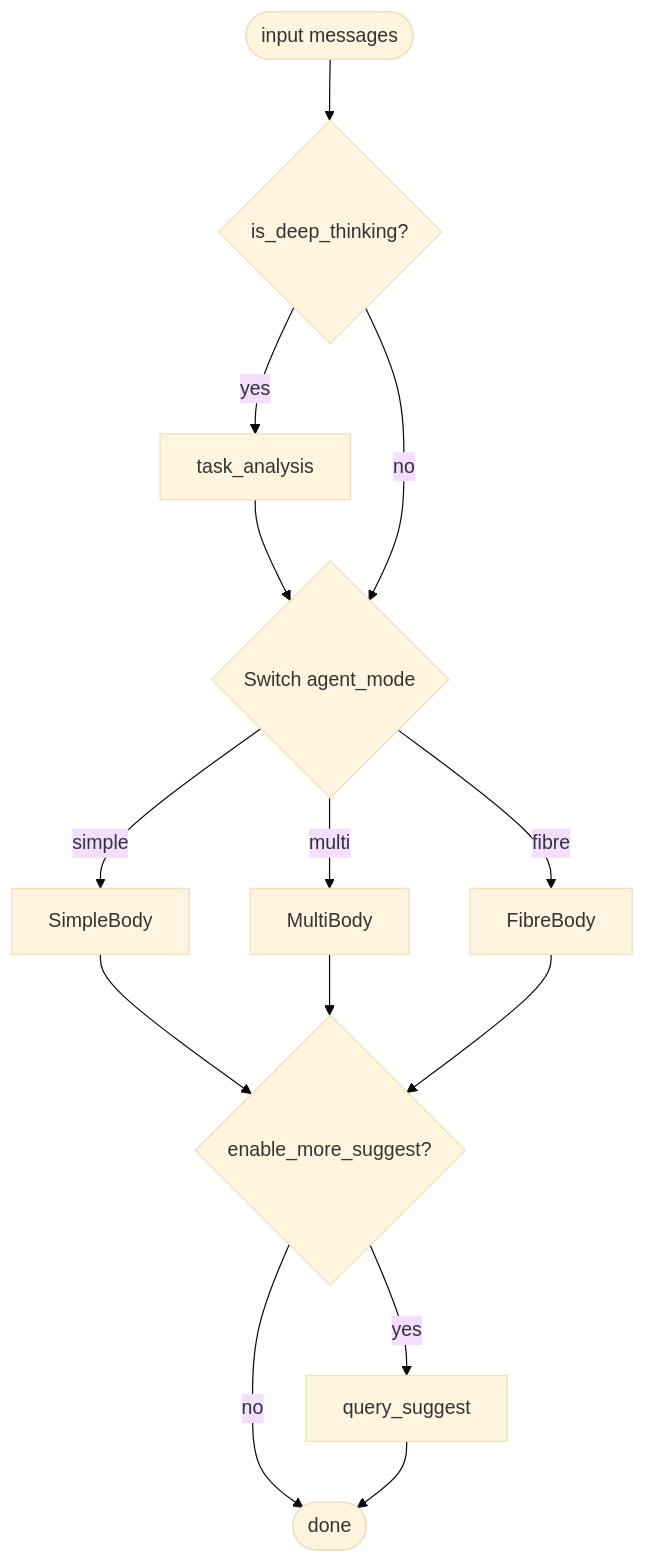
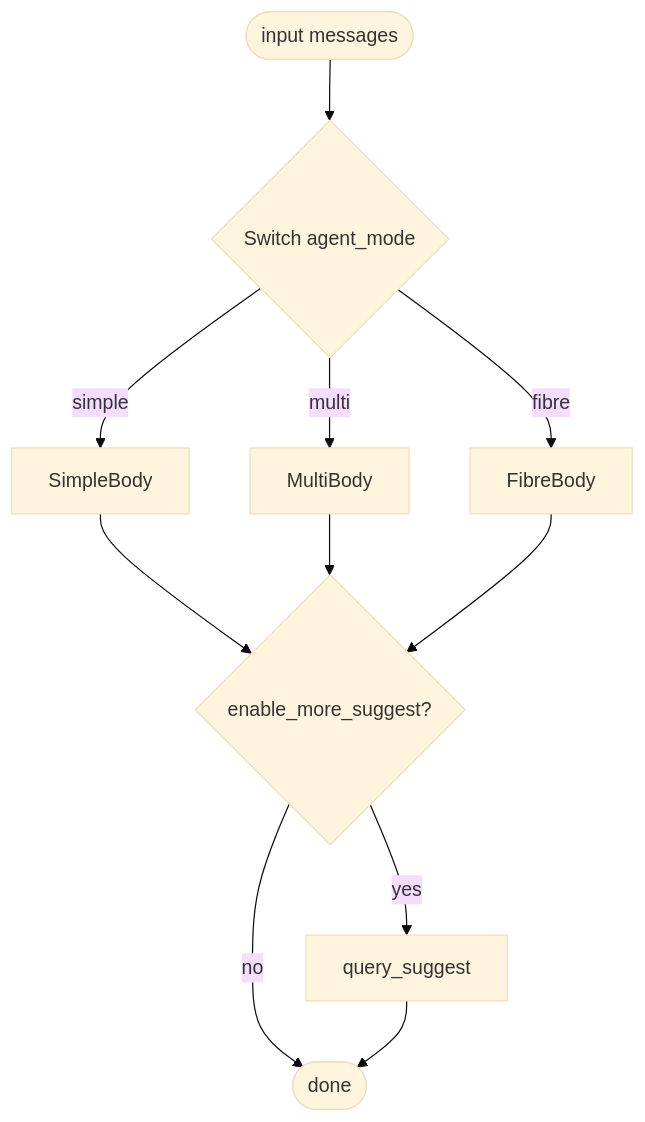
Before and after one commit to ZHangZHengEric/Sage: the seventh of 10 diagrams in docs/en/architecture/ARCHITECTURE_SAGENTS_AGENT_FLOW.md, drawn with Mermaid (base theme). The commit also changed other lines of this file and 61 other files, not shown here.

````diff
--- a/docs/en/architecture/ARCHITECTURE_SAGENTS_AGENT_FLOW.md
+++ b/docs/en/architecture/ARCHITECTURE_SAGENTS_AGENT_FLOW.md
@@ -165,17 +165,14 @@
 ```mermaid
 flowchart TB
-    Start([input messages]) --> DT{is_deep_thinking?}
-    DT -->|yes| Ana[task_analysis] --> Sw
-    DT -->|no| Sw
-    Sw{Switch agent_mode}
+    Start([input messages]) --> Sw{Switch agent_mode}
     Sw -->|simple| SimpleBody
     Sw -->|multi| MultiBody
     Sw -->|fibre| FibreBody
     SimpleBody --> More
     MultiBody --> More
     FibreBody --> More
     More{enable_more_suggest?}
     More -->|yes| QS[query_suggest]
     More -->|no| End
     QS --> End([done])
 ```
````
